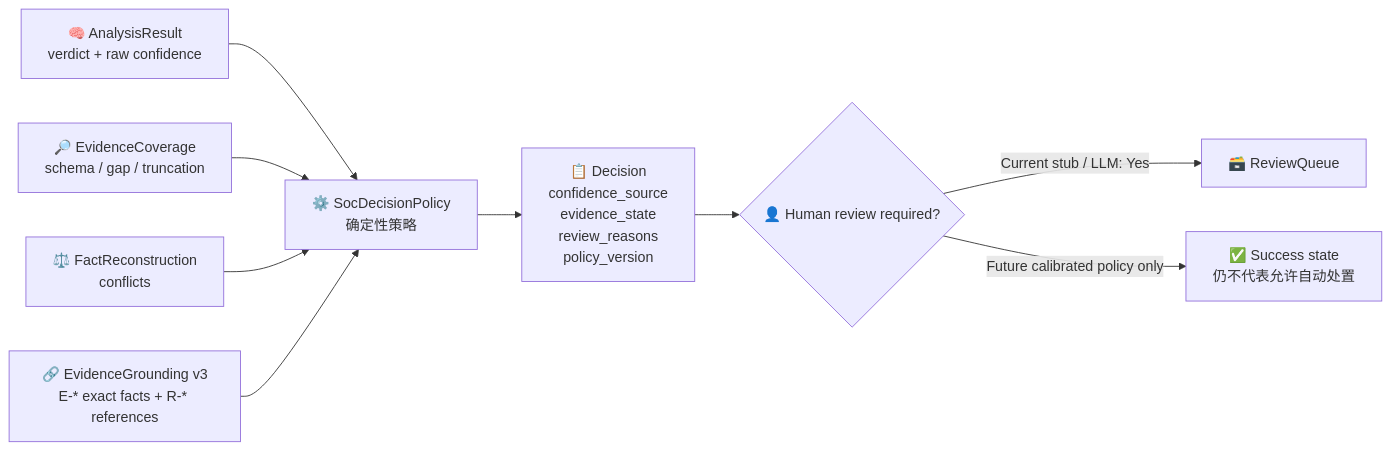
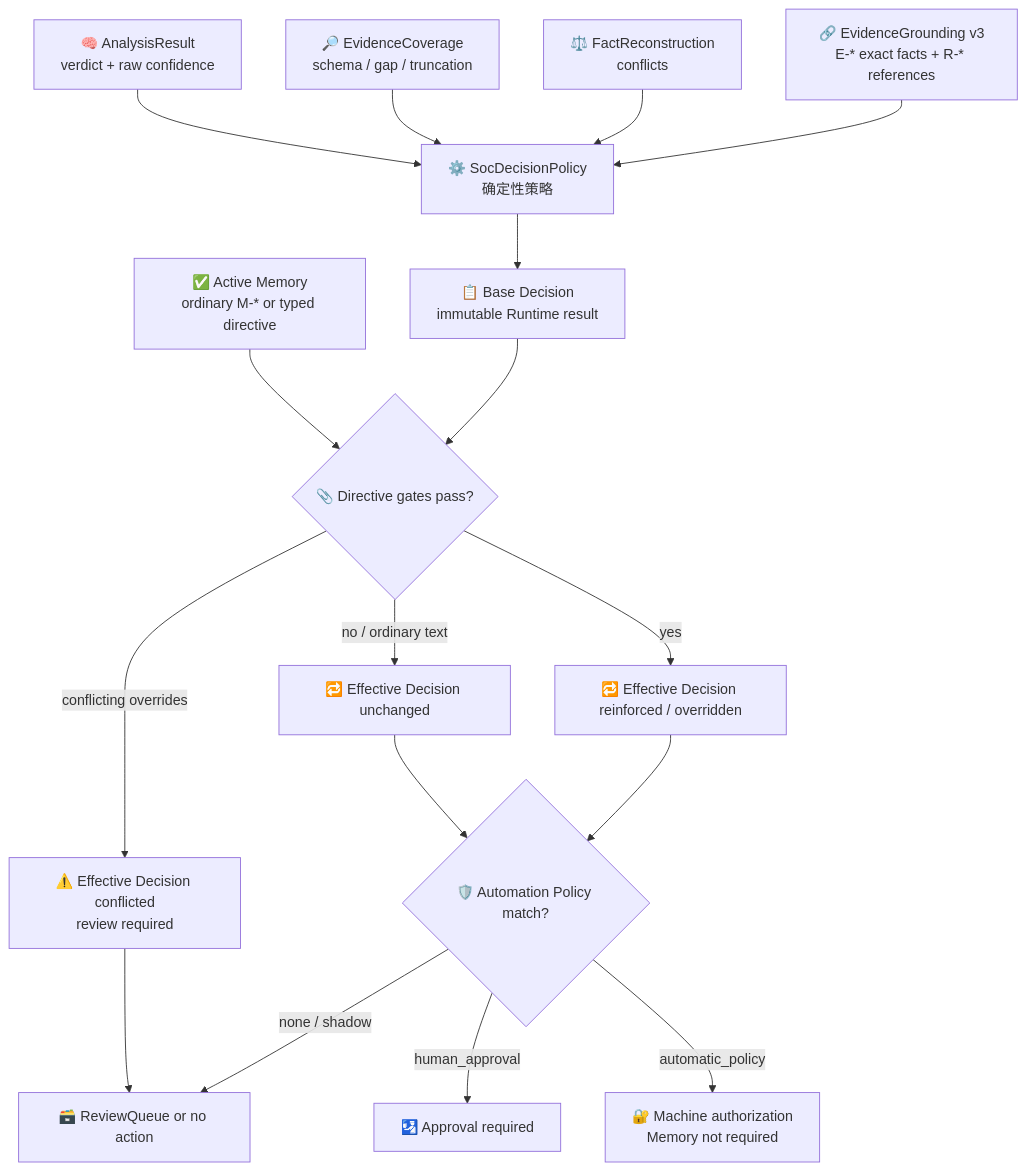
One commit to yydspanda/deer-flow changed the fifth of 23 diagrams in .notes/ai_soc/alert-lifecycle-flow.md. Above: the diagram before and after it, drawn with Mermaid. The commit also changed other lines of this file and 50 other files, not shown here.

Commit message:
feat(soc): govern memory-informed automation

````diff
--- a/.notes/ai_soc/alert-lifecycle-flow.md
+++ b/.notes/ai_soc/alert-lifecycle-flow.md
@@ -304,11 +320,19 @@
 ```mermaid
-flowchart LR
+flowchart TD
     A["🧠 AnalysisResult<br/>verdict + raw confidence"] --> B["⚙️ SocDecisionPolicy<br/>确定性策略"]
     C["🔎 EvidenceCoverage<br/>schema / gap / truncation"] --> B
     D["⚖️ FactReconstruction<br/>conflicts"] --> B
     GR["🔗 EvidenceGrounding v3<br/>E-* exact facts + R-* references"] --> B
-    B --> E["📋 Decision<br/>confidence_source<br/>evidence_state<br/>review_reasons<br/>policy_version"]
-    E --> F{"👤 Human review required?"}
-    F -->|Current stub / LLM: Yes| Q["🗃️ ReviewQueue"]
-    F -->|Future calibrated policy only| H["✅ Success state<br/>仍不代表允许自动处置"]
+    B --> E["📋 Base Decision<br/>immutable Runtime result"]
+    M["✅ Active Memory<br/>ordinary M-* or typed directive"] --> T{"📎 Directive gates pass?"}
+    E --> T
+    T -->|"no / ordinary text"| U["🔁 Effective Decision unchanged"]
+    T -->|"yes"| V["🔁 Effective Decision reinforced / overridden"]
+    T -->|"conflicting overrides"| W["⚠️ Effective Decision conflicted<br/>review required"]
+    U --> P{"🛡️ Automation Policy match?"}
+    V --> P
+    W --> Q
+    P -->|"none / shadow"| Q["🗃️ ReviewQueue or no action"]
+    P -->|"human_approval"| H["🛂 Approval required"]
+    P -->|"automatic_policy"| X["🔐 Machine authorization<br/>Memory not required"]
 ```
````
